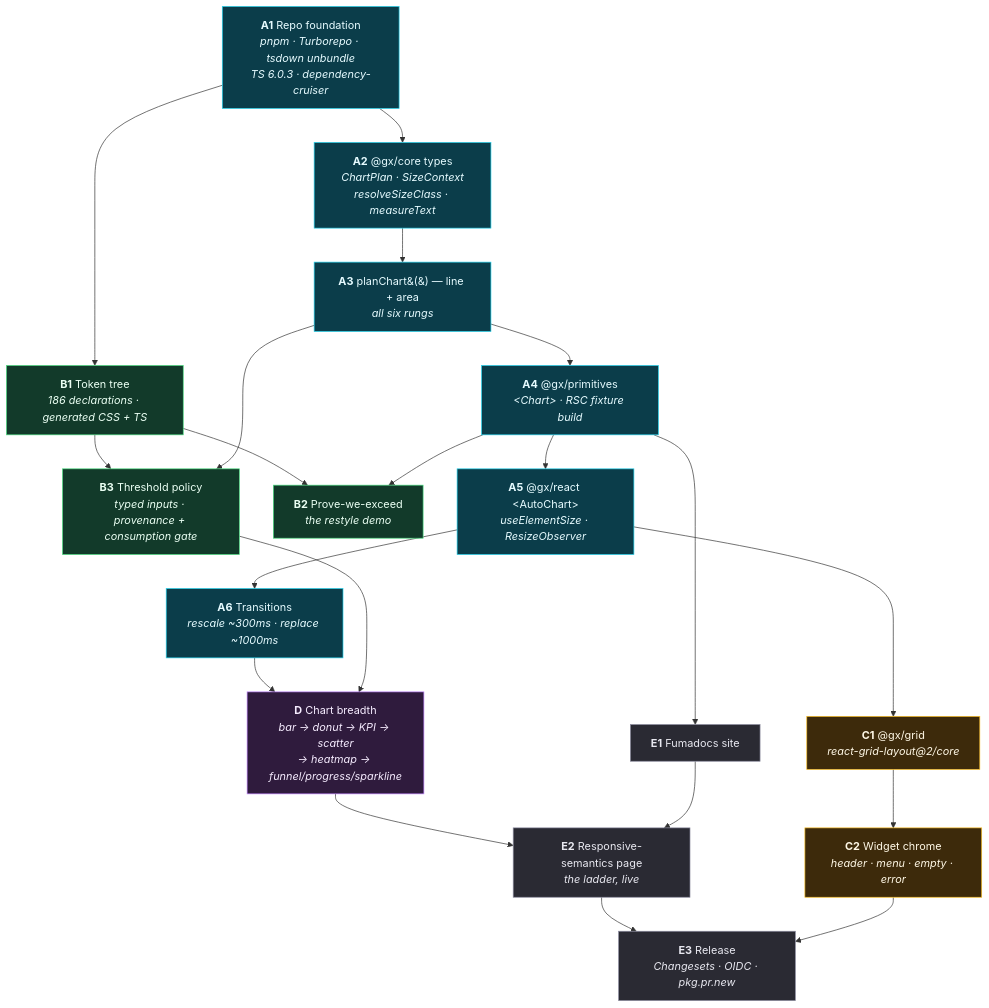
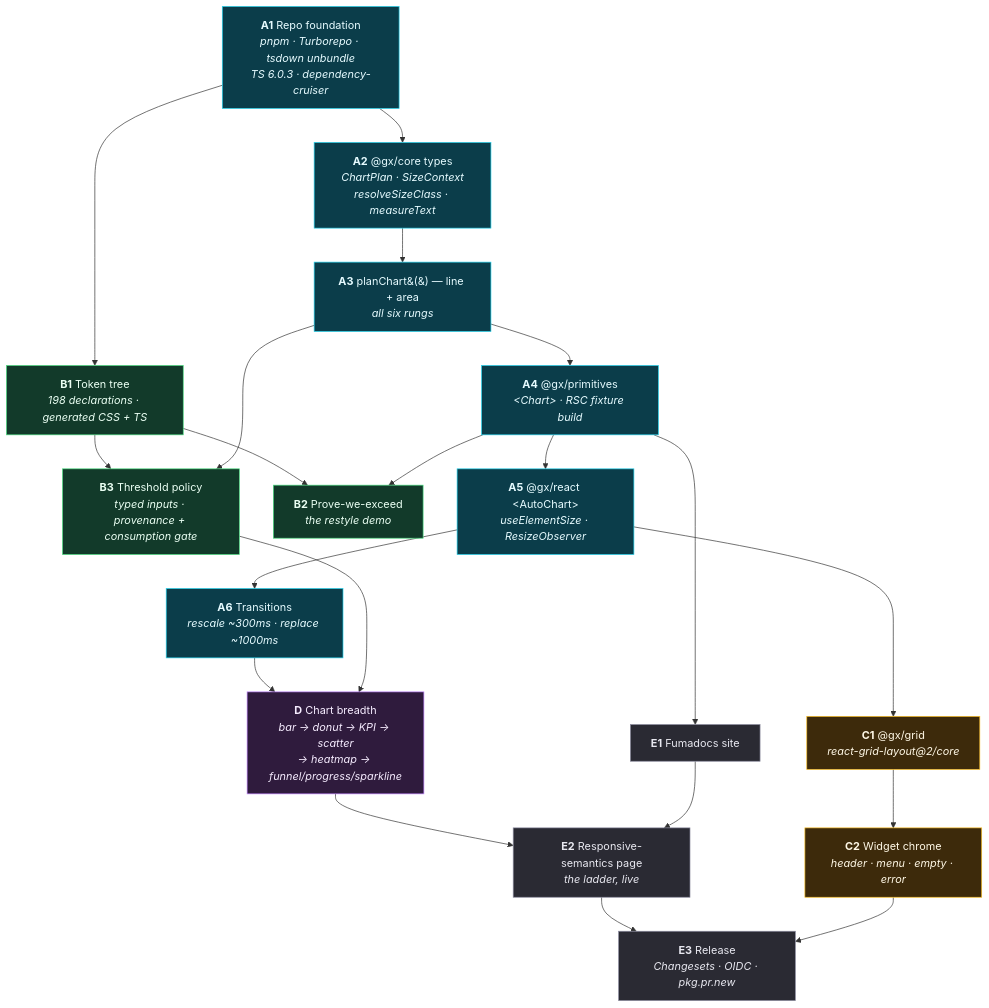
One commit to DeshpandeBoy/Defence-Charts changed the first of 3 diagrams in research/maps/02-implementation-flow.md. Above: the diagram before and after it, drawn with Mermaid. The commit also changed other lines of this file and 33 other files, not shown here.

````diff
--- a/research/maps/02-implementation-flow.md
+++ b/research/maps/02-implementation-flow.md
@@ -10,45 +10,45 @@
 ```mermaid
 flowchart TD
     A1["<b>A1</b> Repo foundation<br/><i>pnpm · Turborepo · tsdown unbundle<br/>TS 6.0.3 · dependency-cruiser</i>"]
     A2["<b>A2</b> @gx/core types<br/><i>ChartPlan · SizeContext<br/>resolveSizeClass · measureText</i>"]
     A3["<b>A3</b> planChart&#40;&#41; — line + area<br/><i>all six rungs</i>"]
     A4["<b>A4</b> @gx/primitives<br/><i>&lt;Chart&gt; · RSC fixture build</i>"]
     A5["<b>A5</b> @gx/react &lt;AutoChart&gt;<br/><i>useElementSize · ResizeObserver</i>"]
     A6["<b>A6</b> Transitions<br/><i>rescale ~300ms · replace ~1000ms</i>"]
 
-    B1["<b>B1</b> Token tree<br/><i>186 declarations · generated CSS + TS</i>"]
+    B1["<b>B1</b> Token tree<br/><i>198 declarations · generated CSS + TS</i>"]
     B2["<b>B2</b> Prove-we-exceed<br/><i>the restyle demo</i>"]
     B3["<b>B3</b> Threshold policy<br/><i>typed inputs · provenance + consumption gate</i>"]
 
     C1["<b>C1</b> @gx/grid<br/><i>react-grid-layout@2/core</i>"]
     C2["<b>C2</b> Widget chrome<br/><i>header · menu · empty · error</i>"]
 
     D["<b>D</b> Chart breadth<br/><i>bar → donut → KPI → scatter<br/>→ heatmap → funnel/progress/sparkline</i>"]
 
     E1["<b>E1</b> Fumadocs site"]
     E2["<b>E2</b> Responsive-semantics page<br/><i>the ladder, live</i>"]
     E3["<b>E3</b> Release<br/><i>Changesets · OIDC · pkg.pr.new</i>"]
 
     A1 --> A2 --> A3 --> A4 --> A5 --> A6
     A1 --> B1 --> B3
     B1 --> B2
     A4 --> B2
     A3 --> B3
     A5 --> C1 --> C2
     A6 --> D
     B3 --> D
     D --> E2
     A4 --> E1 --> E2 --> E3
     C2 --> E3
 
     classDef a fill:#0b3d4a,stroke:#22d3ee,color:#e6fbff
     classDef b fill:#123a2a,stroke:#4ade80,color:#eafff3
     classDef c fill:#3d2a0b,stroke:#fbbf24,color:#fff8e6
     classDef d fill:#2f1b3d,stroke:#c084fc,color:#f6ecff
     classDef e fill:#2a2a33,stroke:#8b8b9e,color:#e8e8f0
     class A1,A2,A3,A4,A5,A6 a
     class B1,B2,B3 b
     class C1,C2 c
     class D d
     class E1,E2,E3 e
 ```
````
